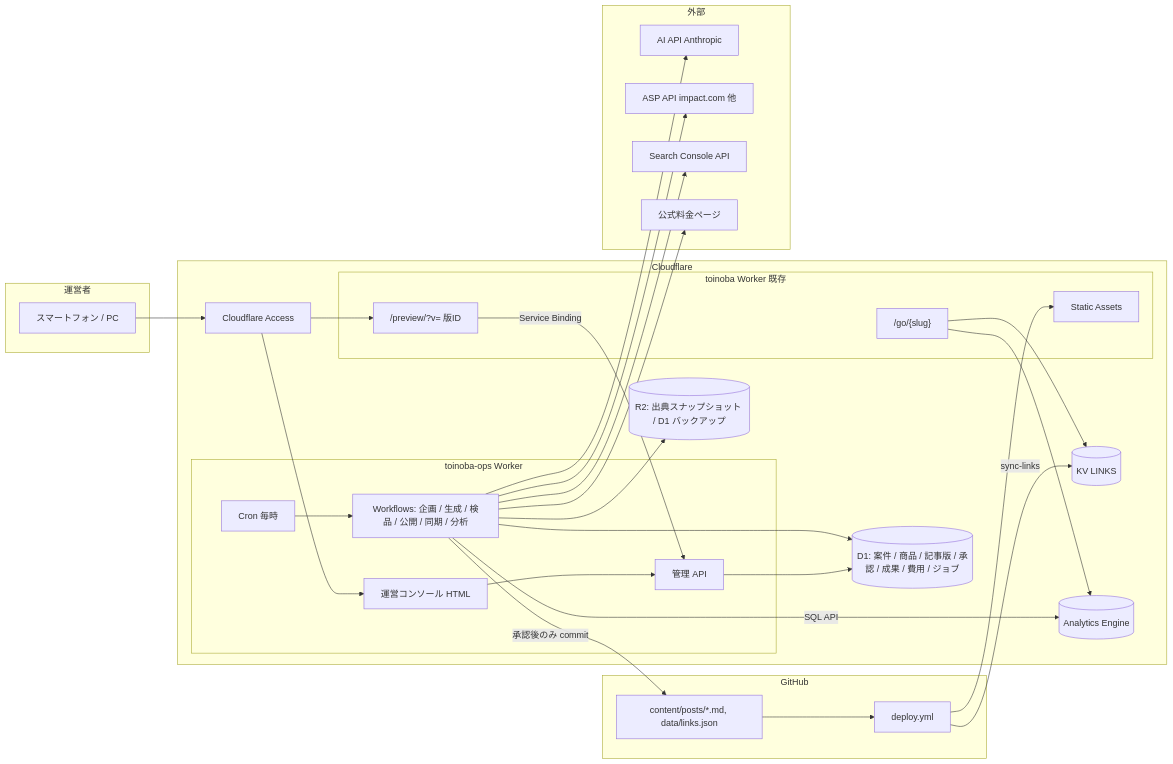
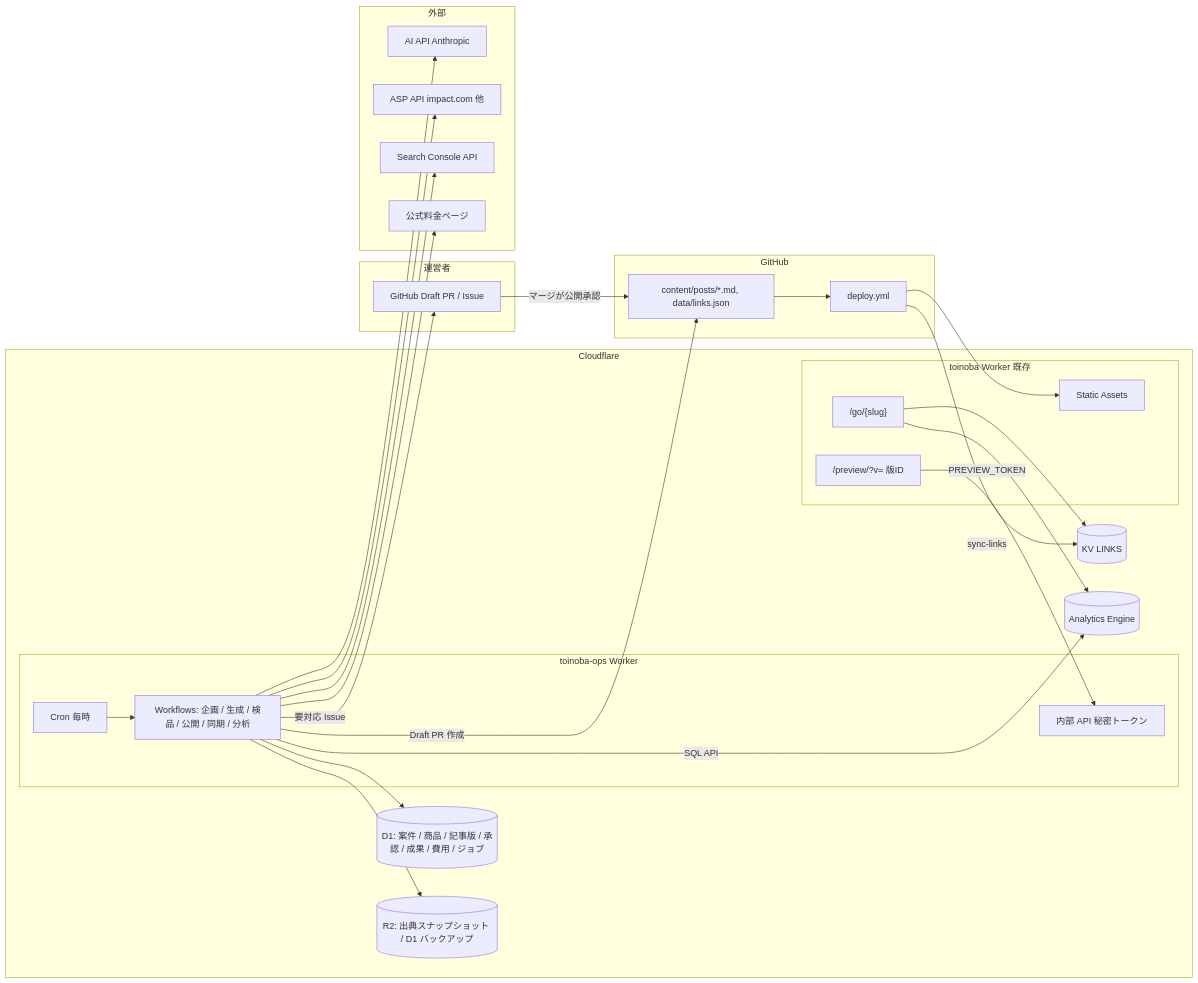
The first of 2 diagrams in docs/11-automation-plan.md (YuseiMorimoto/headresCMS), drawn with Mermaid before and after one commit. The commit also changed other lines of this file and 4 other files, not shown here.

````diff
--- a/docs/11-automation-plan.md
+++ b/docs/11-automation-plan.md
@@ -21,54 +21,52 @@
 ```mermaid
 flowchart LR
   subgraph operator [運営者]
-    Browser[スマートフォン / PC]
+    GhUi[GitHub Draft PR / Issue]
   end
 
   subgraph cf [Cloudflare]
-    Access[Cloudflare Access]
     subgraph ops [toinoba-ops Worker]
-      Console[運営コンソール HTML]
-      Api[管理 API]
+      Api[内部 API 秘密トークン]
       Cron[Cron 毎時]
       WF["Workflows: 企画 / 生成 / 検品 / 公開 / 同期 / 分析"]
     end
     D1[("D1: 案件 / 商品 / 記事版 / 承認 / 成果 / 費用 / ジョブ")]
     R2[("R2: 出典スナップショット / D1 バックアップ")]
     subgraph site [toinoba Worker 既存]
       Static[Static Assets]
       Go["/go/{slug}"]
       Preview["/preview/?v= 版ID"]
     end
     KV[("KV LINKS")]
     AE[("Analytics Engine")]
   end
 
   subgraph github [GitHub]
     Repo["content/posts/*.md, data/links.json"]
     Deploy[deploy.yml]
   end
 
   subgraph external [外部]
     AI[AI API Anthropic]
     ASP[ASP API impact.com 他]
     GSC[Search Console API]
     Official[公式料金ページ]
   end
 
-  Browser --> Access --> Console
-  Access --> Preview
-  Console --> Api --> D1
+  GhUi -->|マージが公開承認| Repo
   Cron --> WF
   WF --> D1
   WF --> R2
   WF --> AI
   WF --> ASP
   WF --> GSC
   WF --> Official
-  WF -->|承認後のみ commit| Repo --> Deploy --> Static
+  WF -->|Draft PR 作成| Repo
+  Repo --> Deploy --> Static
   Deploy -->|sync-links| KV
   Go --> KV
   Go --> AE
   WF -->|SQL API| AE
-  Preview -->|Service Binding| Api
+  Preview -->|PREVIEW_TOKEN| Api
+  WF -->|要対応 Issue| GhUi
 ```
````
